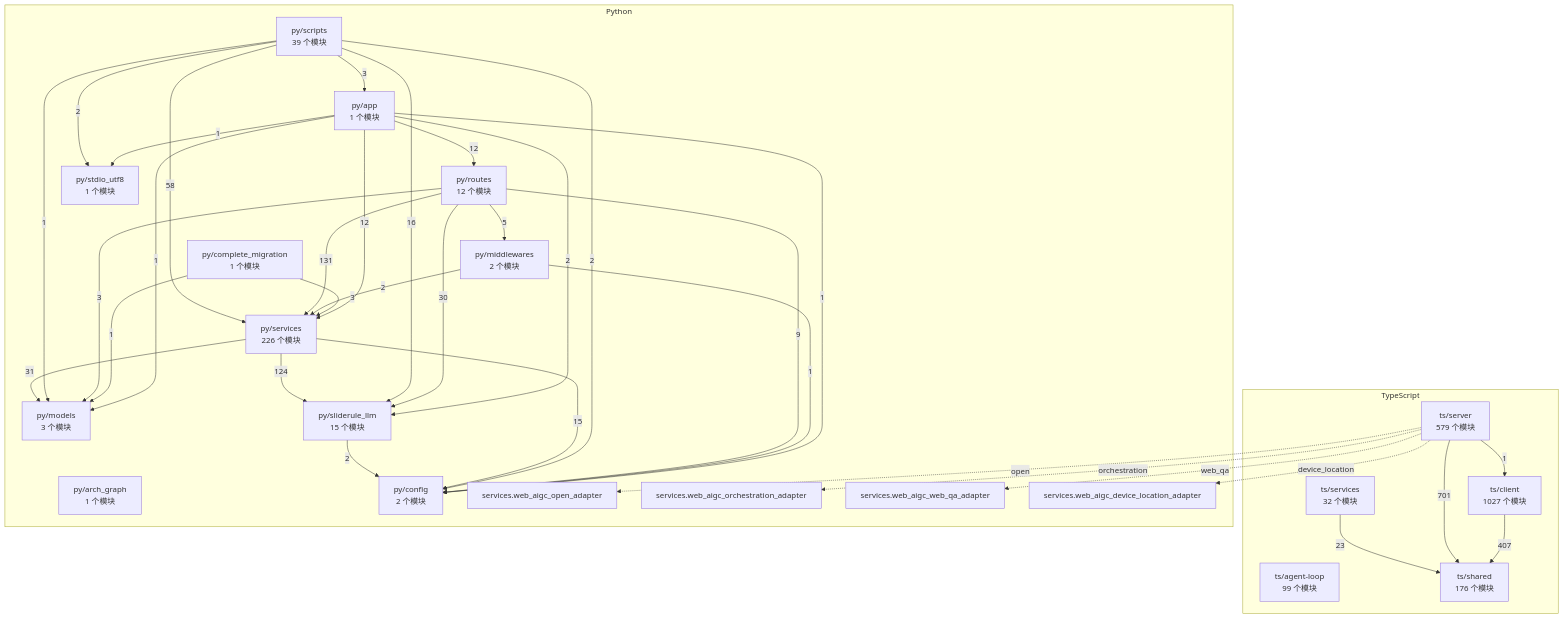
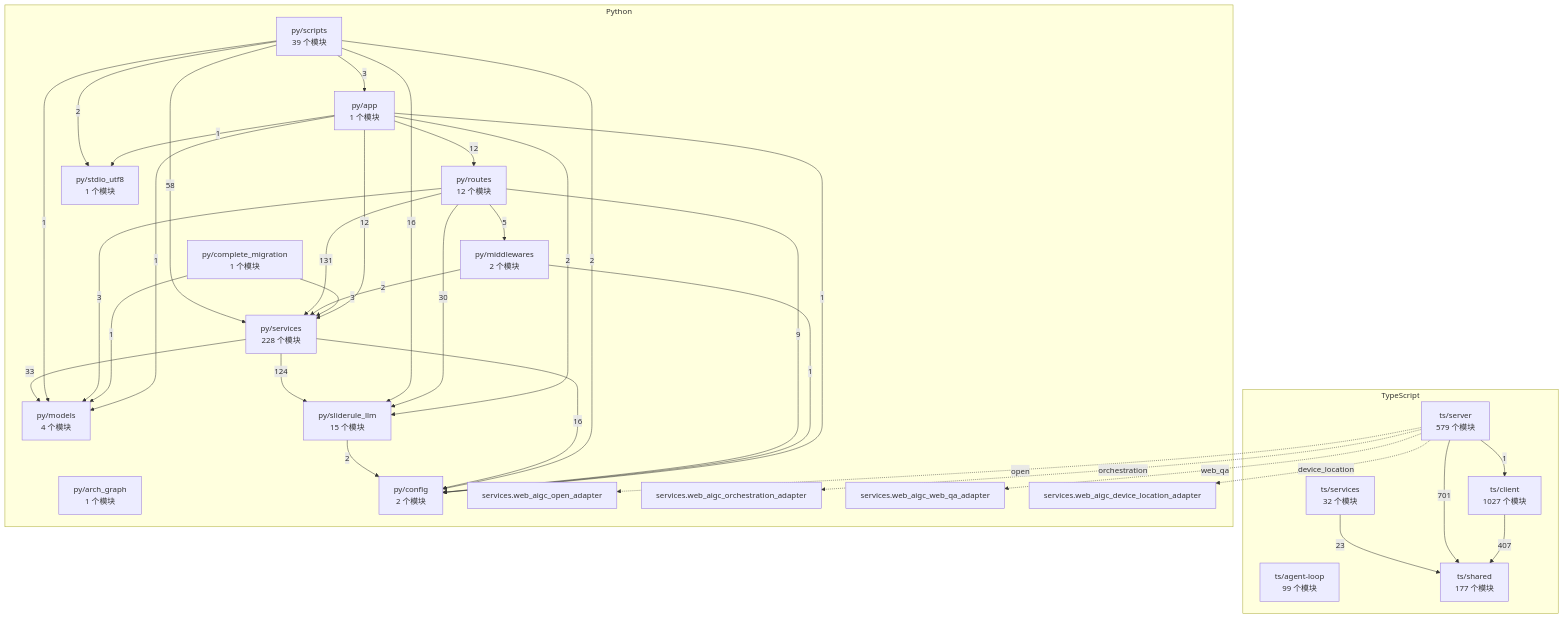
One commit to 2686521696/WhyBuddy changed the diagram in docs/WhyBuddy 全仓架构图（自动生成）.md. Above: the diagram before and after it, drawn with Mermaid. The commit also changed 20 other files, not shown here.

````diff
--- a/docs/WhyBuddy 全仓架构图（自动生成）.md
+++ b/docs/WhyBuddy 全仓架构图（自动生成）.md
@@ -14,60 +14,60 @@
 ```mermaid
 flowchart TB
   subgraph ts [TypeScript]
     ts_agent_loop["ts/agent-loop<br/>99 个模块"]
     ts_client["ts/client<br/>1027 个模块"]
     ts_server["ts/server<br/>579 个模块"]
     ts_services["ts/services<br/>32 个模块"]
-    ts_shared["ts/shared<br/>176 个模块"]
+    ts_shared["ts/shared<br/>177 个模块"]
   end
   subgraph py [Python]
     py_app["py/app<br/>1 个模块"]
     py_arch_graph["py/arch_graph<br/>1 个模块"]
     py_complete_migration["py/complete_migration<br/>1 个模块"]
     py_config["py/config<br/>2 个模块"]
     py_middlewares["py/middlewares<br/>2 个模块"]
-    py_models["py/models<br/>3 个模块"]
+    py_models["py/models<br/>4 个模块"]
     py_routes["py/routes<br/>12 个模块"]
     py_scripts["py/scripts<br/>39 个模块"]
-    py_services["py/services<br/>226 个模块"]
+    py_services["py/services<br/>228 个模块"]
     py_sliderule_llm["py/sliderule_llm<br/>15 个模块"]
     py_stdio_utf8["py/stdio_utf8<br/>1 个模块"]
     py_services_web_aigc_open_adapter["services.web_aigc_open_adapter"]
     py_services_web_aigc_orchestration_adapter["services.web_aigc_orchestration_adapter"]
     py_services_web_aigc_web_qa_adapter["services.web_aigc_web_qa_adapter"]
     py_services_web_aigc_device_location_adapter["services.web_aigc_device_location_adapter"]
   end
   ts_client -->|407| ts_shared
   ts_server -->|1| ts_client
   ts_server -->|701| ts_shared
   ts_services -->|23| ts_shared
   py_app -->|1| py_config
   py_app -->|1| py_models
   py_app -->|12| py_routes
   py_app -->|12| py_services
   py_app -->|2| py_sliderule_llm
   py_app -->|1| py_stdio_utf8
   py_complete_migration -->|1| py_models
   py_complete_migration -->|3| py_services
   py_middlewares -->|1| py_config
   py_middlewares -->|2| py_services
   py_routes -->|9| py_config
   py_routes -->|5| py_middlewares
   py_routes -->|3| py_models
   py_routes -->|131| py_services
   py_routes -->|30| py_sliderule_llm
   py_scripts -->|3| py_app
   py_scripts -->|2| py_config
   py_scripts -->|1| py_models
   py_scripts -->|58| py_services
   py_scripts -->|16| py_sliderule_llm
   py_scripts -->|2| py_stdio_utf8
-  py_services -->|15| py_config
-  py_services -->|31| py_models
+  py_services -->|16| py_config
+  py_services -->|33| py_models
   py_services -->|124| py_sliderule_llm
   py_sliderule_llm -->|2| py_config
   ts_server -.->|open| py_services_web_aigc_open_adapter
   ts_server -.->|orchestration| py_services_web_aigc_orchestration_adapter
   ts_server -.->|web_qa| py_services_web_aigc_web_qa_adapter
   ts_server -.->|device_location| py_services_web_aigc_device_location_adapter
 ```
````
